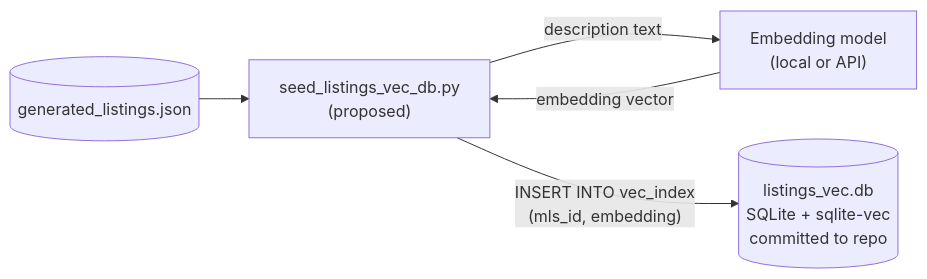
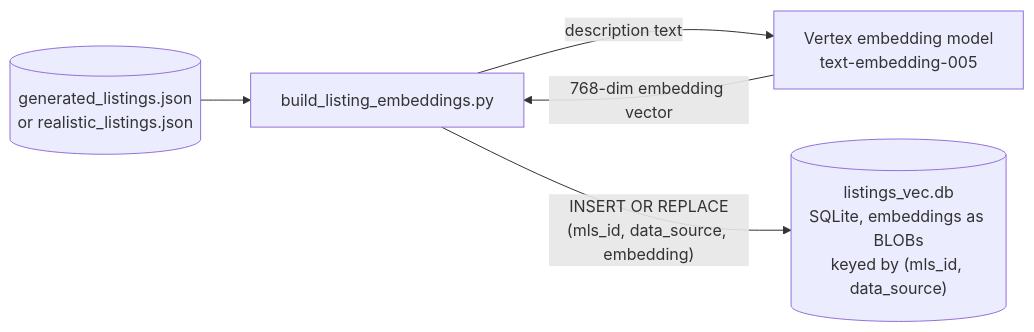
The eighth of 9 diagrams in docs/architecture.md (KhushbuVaishnav/HomeLens), drawn with Mermaid before and after one commit. The commit also changed other lines of this file and 11 other files, not shown here.

````diff
--- a/docs/architecture.md
+++ b/docs/architecture.md
@@ -271,12 +361,12 @@
 ```mermaid
 flowchart LR
-    Data[("generated_listings.json")]
-    Seed["seed_listings_vec_db.py<br/>(proposed)"]
-    Embed["Embedding model<br/>(local or API)"]
-    VecDB[("listings_vec.db<br/>SQLite + sqlite-vec<br/>committed to repo")]
+    Data[("generated_listings.json<br/>or realistic_listings.json")]
+    Seed["build_listing_embeddings.py"]
+    Embed["Vertex embedding model<br/>text-embedding-005"]
+    VecDB[("listings_vec.db<br/>SQLite, embeddings as BLOBs<br/>keyed by (mls_id, data_source)")]
 
     Data --> Seed
     Seed -->|description text| Embed
-    Embed -->|embedding vector| Seed
-    Seed -->|"INSERT INTO vec_index<br/>(mls_id, embedding)"| VecDB
+    Embed -->|768-dim embedding vector| Seed
+    Seed -->|"INSERT OR REPLACE<br/>(mls_id, data_source, embedding)"| VecDB
 ```
````
